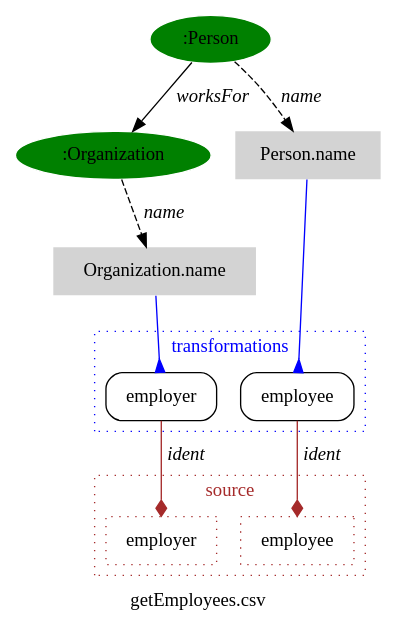
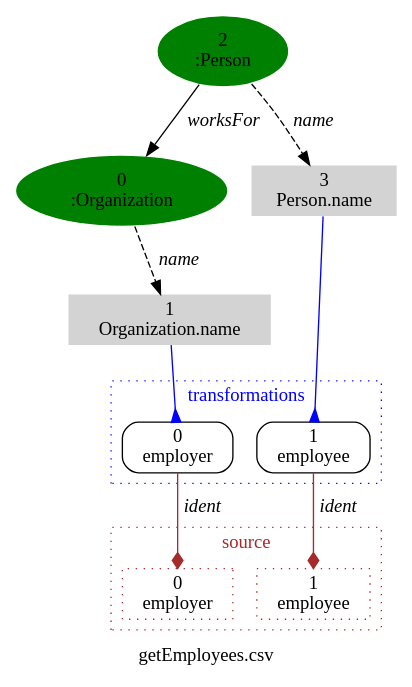
Before and after one commit to NICTA/serene-python-client: the diagram in data/ssd_graphviz/getEmployees.ssd.dot, drawn with Graphviz. The commit also changed 14 other files, not shown here.

```diff
--- a/data/ssd_graphviz/getEmployees.ssd.dot
+++ b/data/ssd_graphviz/getEmployees.ssd.dot
@@ -1,83 +1,91 @@
 digraph  {
 	graph [fontname="times:bold",
 		label="getEmployees.csv",
 		overlap=False,
 		remincross=true,
 		splines=true
 	];
 	node [label="\N"];
 	subgraph cluster1 {
 		graph [color=brown,
 			fontcolor=brown,
 			fontname=times,
 			label=source,
 			rank=same,
 			style=dotted
 		];
 		4		 [color=brown,
-			label=employer,
+			label="0
+employer",
 			shape=box,
 			style=dotted];
 		5		 [color=brown,
-			label=employee,
+			label="1
+employee",
 			shape=box,
 			style=dotted];
 	}
 	subgraph cluster2 {
 		graph [color=blue,
 			fontcolor=blue,
 			fontname=times,
 			label=transformations,
 			rank=same,
 			style=dotted
 		];
-		6		 [label=employer,
+		6		 [label="0
+employer",
 			shape=box,
 			style=rounded];
-		7		 [label=employee,
+		7		 [label="1
+employee",
 			shape=box,
 			style=rounded];
 	}
 	0	 [color=white,
 		fillcolor=green,
-		label=":Organization",
+		label="0
+:Organization",
 		shape=ellipse,
 		style=filled];
 	1	 [color=white,
 		fillcolor=lightgrey,
-		label="Organization.name",
+		label="1
+Organization.name",
 		shape=plaintext,
 		style=filled];
 	0 -> 1	 [fontname="times-italic",
 		label=name,
 		style=dashed];
 	1 -> 6	 [arrowhead=inv,
 		arrowtail=inv,
 		color=blue];
 	2	 [color=white,
 		fillcolor=green,
-		label=":Person",
+		label="2
+:Person",
 		shape=ellipse,
 		style=filled];
 	2 -> 0	 [fontname="times-italic",
 		label=worksFor];
 	3	 [color=white,
 		fillcolor=lightgrey,
-		label="Person.name",
+		label="3
+Person.name",
 		shape=plaintext,
 		style=filled];
 	2 -> 3	 [fontname="times-italic",
 		label=name,
 		style=dashed];
 	3 -> 7	 [arrowhead=inv,
 		arrowtail=inv,
 		color=blue];
 	6 -> 4	 [arrowhead=diamond,
 		color=brown,
 		fontname="times-italic",
 		label=ident];
 	7 -> 5	 [arrowhead=diamond,
 		color=brown,
 		fontname="times-italic",
 		label=ident];
 }
```
